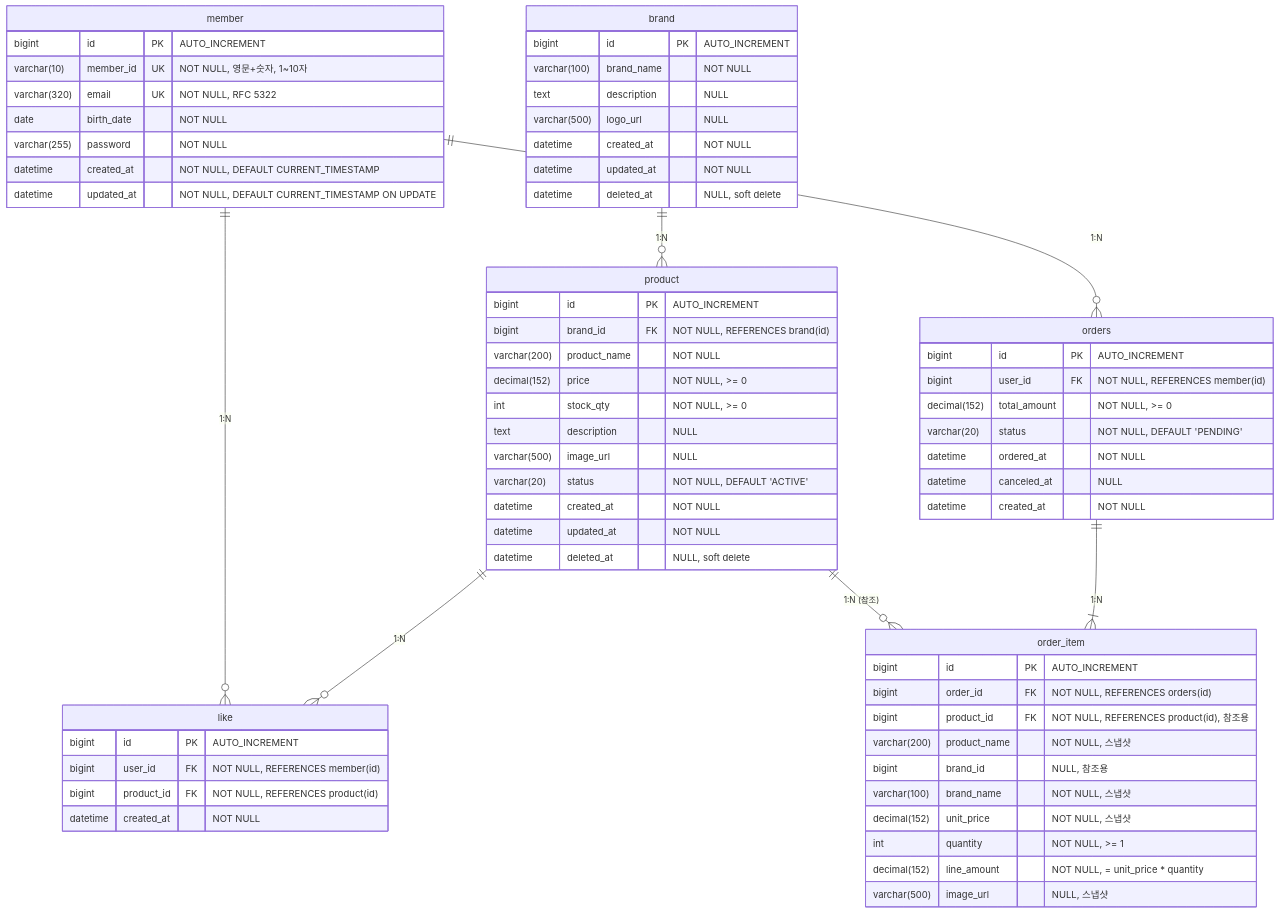
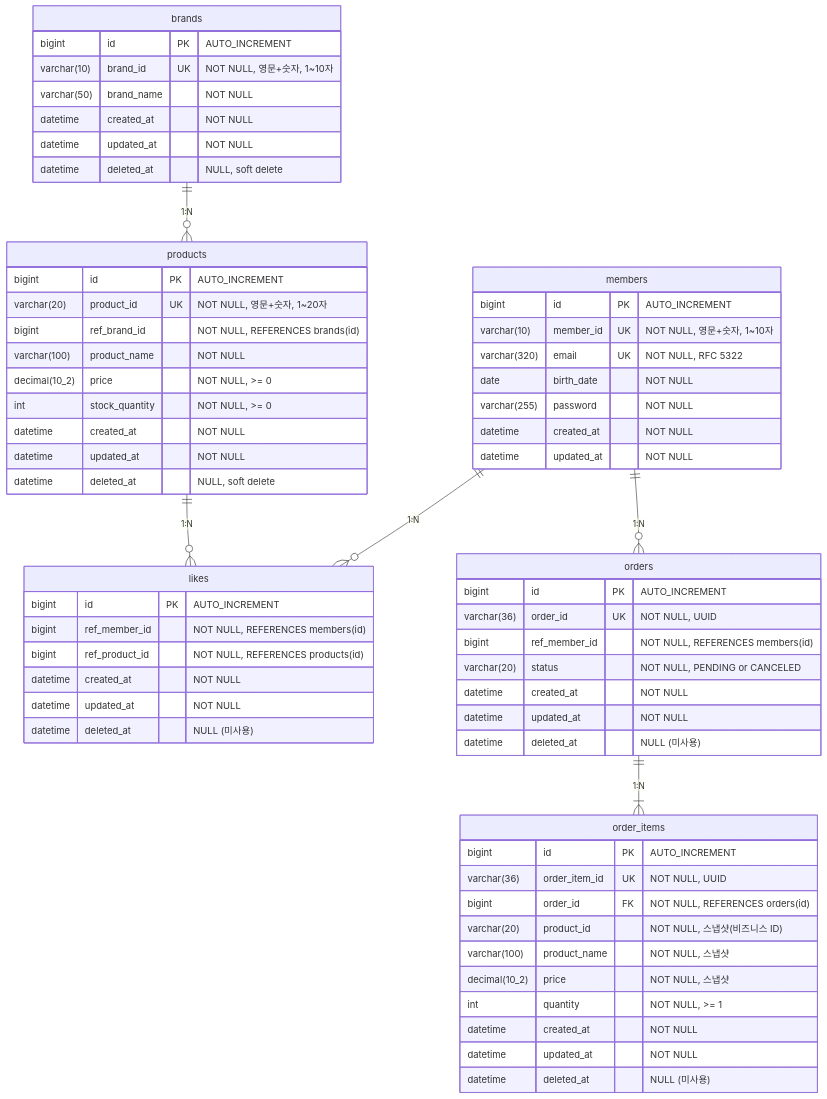
Before and after one commit to YoHanKi/loop-pack-be-l2-vol3-java: the diagram in docs/design/04-erd.md, drawn with Mermaid. The commit also changed other lines of this file and 2 other files, not shown here.

````diff
--- a/docs/design/04-erd.md
+++ b/docs/design/04-erd.md
@@ -21,73 +21,71 @@
 ```mermaid
 erDiagram
-    member ||--o{ like : "1:N"
-    member ||--o{ orders : "1:N"
-    brand ||--o{ product : "1:N"
-    product ||--o{ like : "1:N"
-    product ||--o{ order_item : "1:N (참조)"
-    orders ||--|{ order_item : "1:N"
+    members ||--o{ likes : "1:N"
+    members ||--o{ orders : "1:N"
+    brands ||--o{ products : "1:N"
+    products ||--o{ likes : "1:N"
+    orders ||--|{ order_items : "1:N"
 
-    member {
+    members {
         bigint id PK "AUTO_INCREMENT"
         varchar(10) member_id UK "NOT NULL, 영문+숫자, 1~10자"
         varchar(320) email UK "NOT NULL, RFC 5322"
         date birth_date "NOT NULL"
         varchar(255) password "NOT NULL"
-        datetime created_at "NOT NULL, DEFAULT CURRENT_TIMESTAMP"
-        datetime updated_at "NOT NULL, DEFAULT CURRENT_TIMESTAMP ON UPDATE"
+        datetime created_at "NOT NULL"
+        datetime updated_at "NOT NULL"
     }
 
-    brand {
+    brands {
         bigint id PK "AUTO_INCREMENT"
-        varchar(100) brand_name "NOT NULL"
-        text description "NULL"
-        varchar(500) logo_url "NULL"
+        varchar(10) brand_id UK "NOT NULL, 영문+숫자, 1~10자"
+        varchar(50) brand_name "NOT NULL"
         datetime created_at "NOT NULL"
         datetime updated_at "NOT NULL"
         datetime deleted_at "NULL, soft delete"
     }
 
-    product {
+    products {
         bigint id PK "AUTO_INCREMENT"
-        bigint brand_id FK "NOT NULL, REFERENCES brand(id)"
-        varchar(200) product_name "NOT NULL"
-        decimal(152) price "NOT NULL, >= 0"
-        int stock_qty "NOT NULL, >= 0"
-        text description "NULL"
-        varchar(500) image_url "NULL"
-        varchar(20) status "NOT NULL, DEFAULT 'ACTIVE'"
+        varchar(20) product_id UK "NOT NULL, 영문+숫자, 1~20자"
+        bigint ref_brand_id "NOT NULL, REFERENCES brands(id)"
+        varchar(100) product_name "NOT NULL"
+        decimal(10_2) price "NOT NULL, >= 0"
+        int stock_quantity "NOT NULL, >= 0"
         datetime created_at "NOT NULL"
         datetime updated_at "NOT NULL"
         datetime deleted_at "NULL, soft delete"
     }
 
-    like {
+    likes {
         bigint id PK "AUTO_INCREMENT"
-        bigint user_id FK "NOT NULL, REFERENCES member(id)"
-        bigint product_id FK "NOT NULL, REFERENCES product(id)"
+        bigint ref_member_id "NOT NULL, REFERENCES members(id)"
+        bigint ref_product_id "NOT NULL, REFERENCES products(id)"
         datetime created_at "NOT NULL"
+        datetime updated_at "NOT NULL"
+        datetime deleted_at "NULL (미사용)"
     }
 
     orders {
         bigint id PK "AUTO_INCREMENT"
-        bigint user_id FK "NOT NULL, REFERENCES member(id)"
-        decimal(152) total_amount "NOT NULL, >= 0"
-        varchar(20) status "NOT NULL, DEFAULT 'PENDING'"
-        datetime ordered_at "NOT NULL"
-        datetime canceled_at "NULL"
+        varchar(36) order_id UK "NOT NULL, UUID"
+        bigint ref_member_id "NOT NULL, REFERENCES members(id)"
+        varchar(20) status "NOT NULL, PENDING or CANCELED"
         datetime created_at "NOT NULL"
+        datetime updated_at "NOT NULL"
+        datetime deleted_at "NULL (미사용)"
     }
 
-    order_item {
+    order_items {
         bigint id PK "AUTO_INCREMENT"
+        varchar(36) order_item_id UK "NOT NULL, UUID"
         bigint order_id FK "NOT NULL, REFERENCES orders(id)"
-        bigint product_id FK "NOT NULL, REFERENCES product(id), 참조용"
-        varchar(200) product_name "NOT NULL, 스냅샷"
-        bigint brand_id "NULL, 참조용"
-        varchar(100) brand_name "NOT NULL, 스냅샷"
-        decimal(152) unit_price "NOT NULL, 스냅샷"
+        varchar(20) product_id "NOT NULL, 스냅샷(비즈니스 ID)"
+        varchar(100) product_name "NOT NULL, 스냅샷"
+        decimal(10_2) price "NOT NULL, 스냅샷"
         int quantity "NOT NULL, >= 1"
-        decimal(152) line_amount "NOT NULL, = unit_price * quantity"
-        varchar(500) image_url "NULL, 스냅샷"
+        datetime created_at "NOT NULL"
+        datetime updated_at "NOT NULL"
+        datetime deleted_at "NULL (미사용)"
     }
 ```
````
